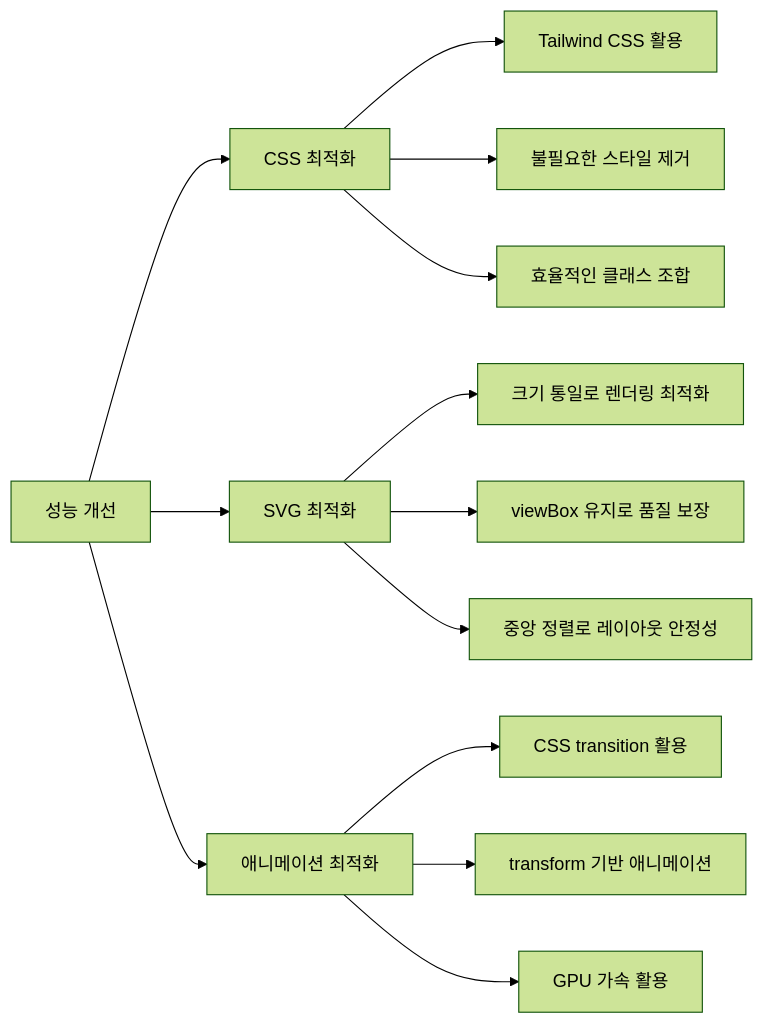
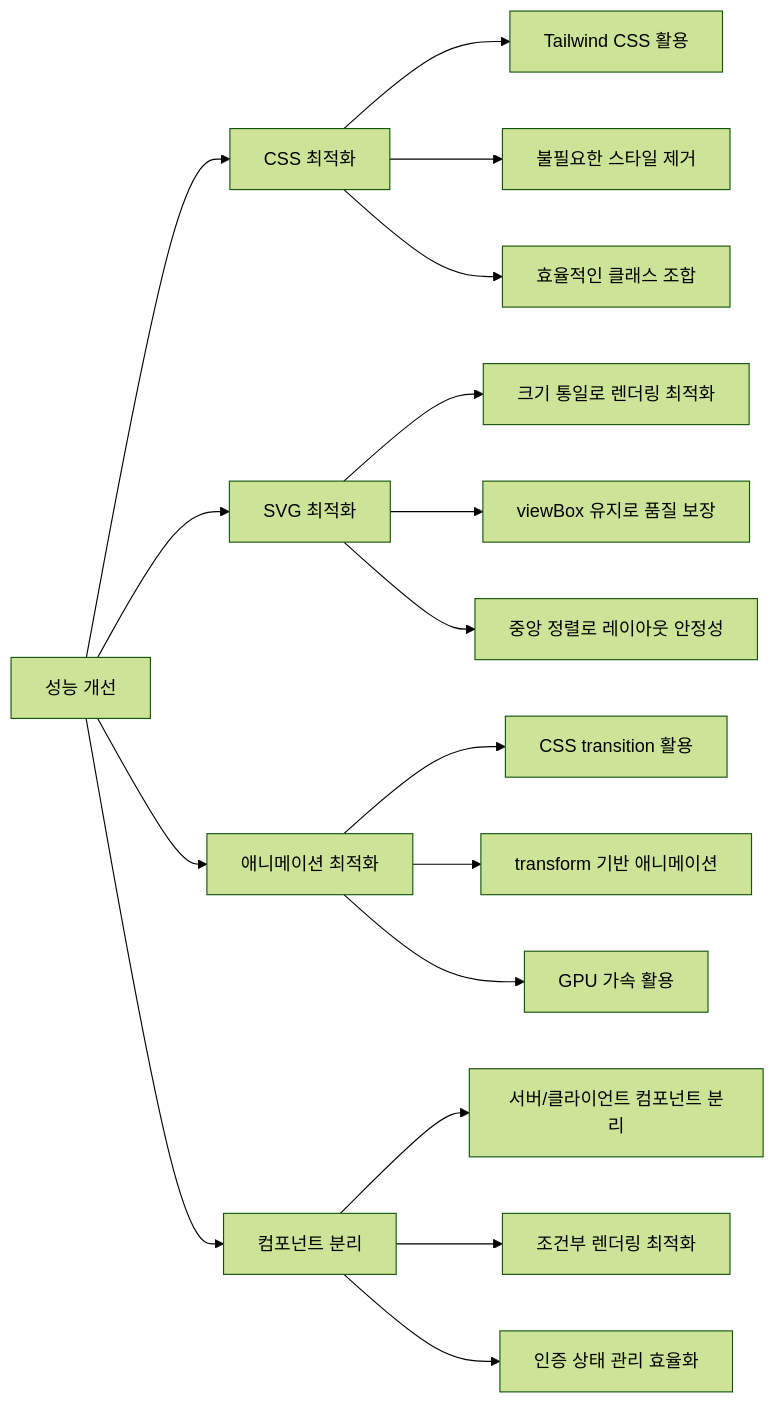
The fifth of 6 diagrams in docs/worklog/20250902_UI_컴포넌트_개선_및_사용자_경험_향상.md (cheesepizza453/move_togaether), drawn with Mermaid (forest theme) before and after one commit. The commit also changed other lines of this file, not shown here.

Commit message:
로그인 시스템 및 마이페이지 구현: 로그인 페이지 디자인, 인증 시스템 구축, 마이페이지 사용자 정보 표시 및 메뉴 네비게이션 추가. 레이아웃 구조 최적화 및 서버/클라이언트 컴포넌트 분리로 코드 유지보수성 향상. 전체적인 사용자 경험 개선을 위한 조건부 렌더링 적용.

````diff
--- a/docs/worklog/20250902_UI_컴포넌트_개선_및_사용자_경험_향상.md
+++ b/docs/worklog/20250902_UI_컴포넌트_개선_및_사용자_경험_향상.md
@@ -171,18 +297,23 @@
 ```mermaid
 graph LR
     A[성능 개선] --> B[CSS 최적화]
     A --> C[SVG 최적화]
     A --> D[애니메이션 최적화]
+    A --> E[컴포넌트 분리]
 
     B --> B1[Tailwind CSS 활용]
     B --> B2[불필요한 스타일 제거]
     B --> B3[효율적인 클래스 조합]
 
     C --> C1[크기 통일로 렌더링 최적화]
     C --> C2[viewBox 유지로 품질 보장]
     C --> C3[중앙 정렬로 레이아웃 안정성]
 
     D --> D1[CSS transition 활용]
     D --> D2[transform 기반 애니메이션]
     D --> D3[GPU 가속 활용]
+
+    E --> E1[서버/클라이언트 컴포넌트 분리]
+    E --> E2[조건부 렌더링 최적화]
+    E --> E3[인증 상태 관리 효율화]
 ```
````
